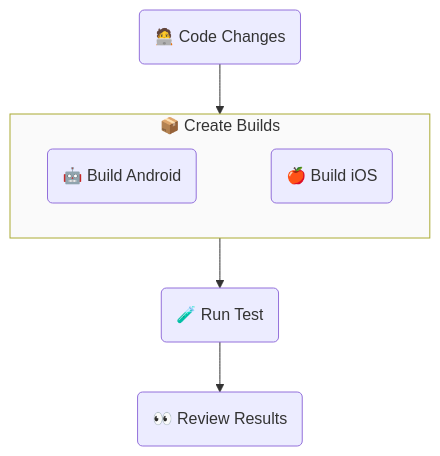
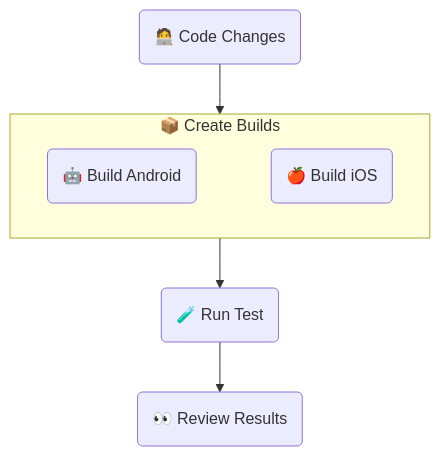
One commit to sherlo-io/sherlo changed the diagram in examples/standard/README.md. Above: the diagram before and after it, drawn with Mermaid.

Commit message:
no message

````diff
--- a/examples/standard/README.md
+++ b/examples/standard/README.md
@@ -14,16 +14,16 @@
 ```mermaid
 flowchart TB
    UI(🧑‍💻 Code Changes)
    subgraph Build[📦 Create Builds]
       Android(🤖 Build Android)
       iOS(🍎 Build iOS)
       Android ~~~ iOS
-      style Build fill:#33333306
+      style Build fill:##49494938
    end
    Test(🧪 Run Test)
    Review(👀 Review Results)
 
    UI --> Build
    Build --> Test
    Test --> Review
 ```
````
